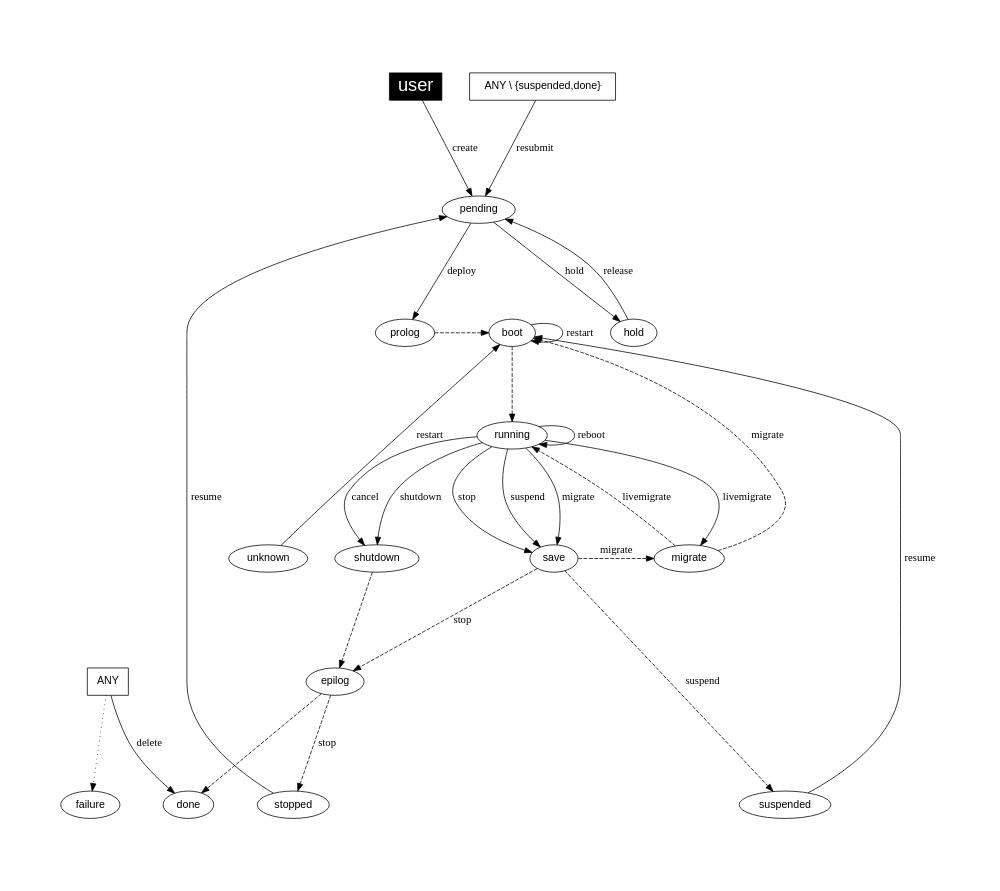
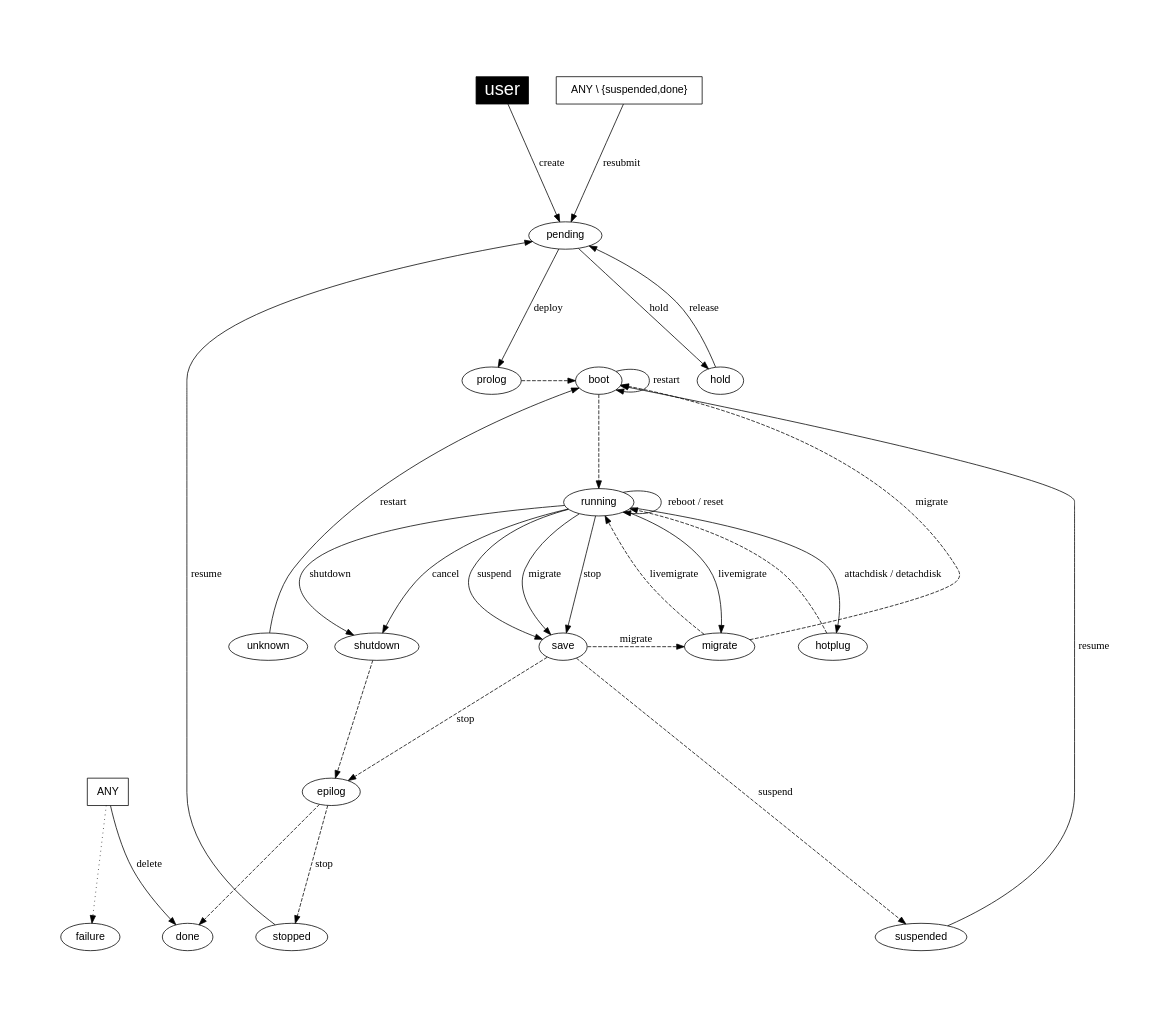
The diagram in share/doc/states/states-simple.dot (OpenNebula/one), drawn with Graphviz before and after one commit. The commit also changed 4 other files, not shown here.

Commit message:
Update VM state diagrams

```diff
--- a/share/doc/states/states-simple.dot
+++ b/share/doc/states/states-simple.dot
@@ -1,86 +1,91 @@
 
 
 digraph OpenNebula {
     graph [
         nodesep= 0.5,
         ratio=1,
         pad=1,
     ];
 
     node [fontname="Helvetica"];
     edge [fontname="Menlo"];
     
     user [
         fillcolor="black",
         style="filled", shape="box",
         fontcolor="white", fontsize= "24.0"];
 
     ANY [ shape="box" ];
     "ANY \\ {suspended,done}" [ shape="box" ];
 
     subgraph { rank = min; user}
 #    subgraph { rank = same; pending; hold; color="white"}
     subgraph { rank = same; prolog; boot; color="white" }
-    subgraph { rank = same; migrate; save; shutdown; unknown; color="white" }
+    subgraph { rank = same; migrate; save; shutdown; unknown; hotplug; 
+        color="white" }
     subgraph { rank = max; suspended; done; failure; stopped; color="white" }
 
 #   create
     user -> pending [label="create"];
 
 #   deploy
     pending     -> prolog [label="deploy"];
     prolog      -> boot [style="dashed"];
     boot        -> running [style="dashed"];
 
 #   shutdown
     running     -> shutdown [label="shutdown"];
     shutdown    -> epilog [style="dashed"];
     epilog      -> done [style="dashed"];
 
 #   livemigrate
     running     -> migrate [label="livemigrate"];
     migrate     -> running [label="livemigrate", style="dashed"];
 
 #   migrate
     running     -> save [label="migrate"];
     save        -> migrate [label="migrate", style="dashed"];
     migrate     -> boot [label="migrate", style="dashed"];
 
 #   hold
     pending     -> hold [label="hold"];
 
 #   release
     hold        -> pending [label="release"];
 
 #   stop
     running     -> save [label="stop"];
     save        -> epilog [label="stop", style="dashed"];
     epilog      -> stopped [label="stop", style="dashed"];
 
 #   cancel
     running     -> shutdown [label="cancel"];
 
 #   suspend
     running     -> save [label="suspend"];
     save        -> suspended [label="suspend", style="dashed"];
 
 #   resume
     stopped     -> pending [label="resume"];
     suspended   -> boot [label="resume"];
 
 #   delete
     ANY         -> done [label="delete"];
 
 #   restart
     unknown     -> boot [label="restart"];
     boot        -> boot [label="restart"];
 
-#   reboot
-    running     -> running [label="reboot"];
+#   reboot, reset
+    running     -> running [label="reboot / reset"];
+
+#   attachdisk
+    running     -> hotplug [label="attachdisk / detachdisk"]
+    hotplug     -> running [style="dashed"];
 
 #   resubmit
     "ANY \\ {suspended,done}" -> pending [label="resubmit"];
 
 #   failures and misc.
     ANY         -> failure [style="dotted"];
 }
```
